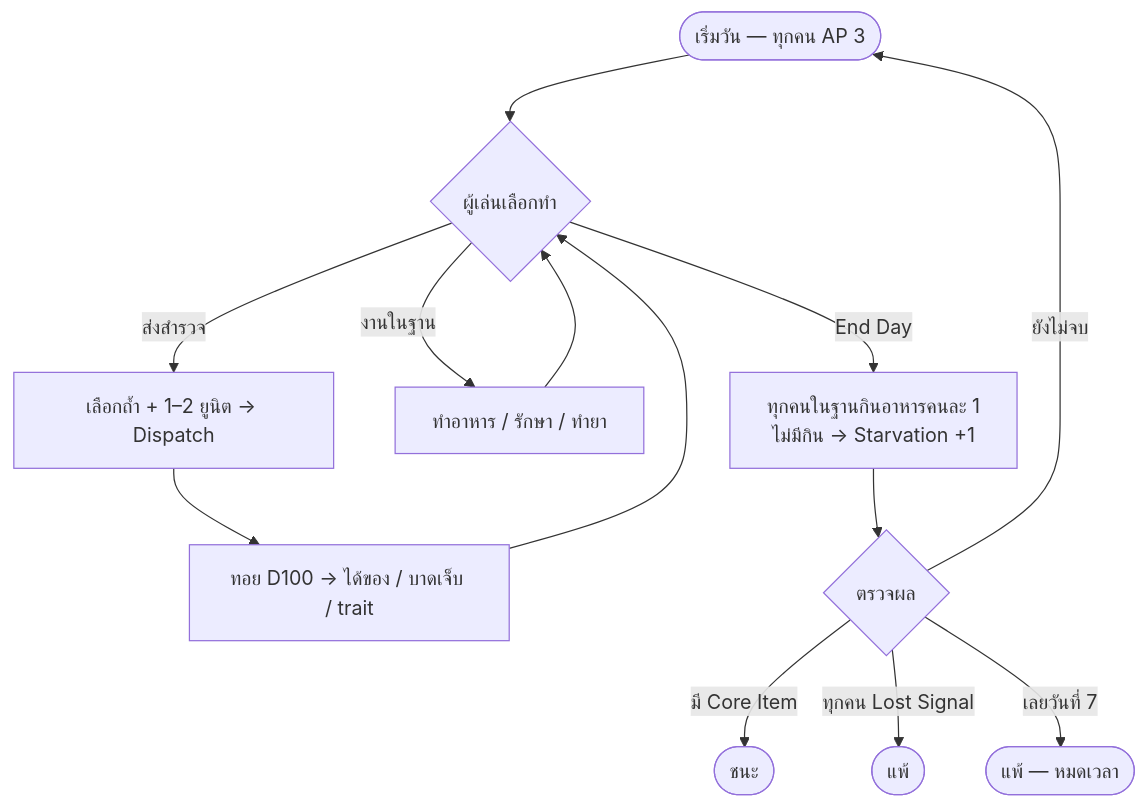
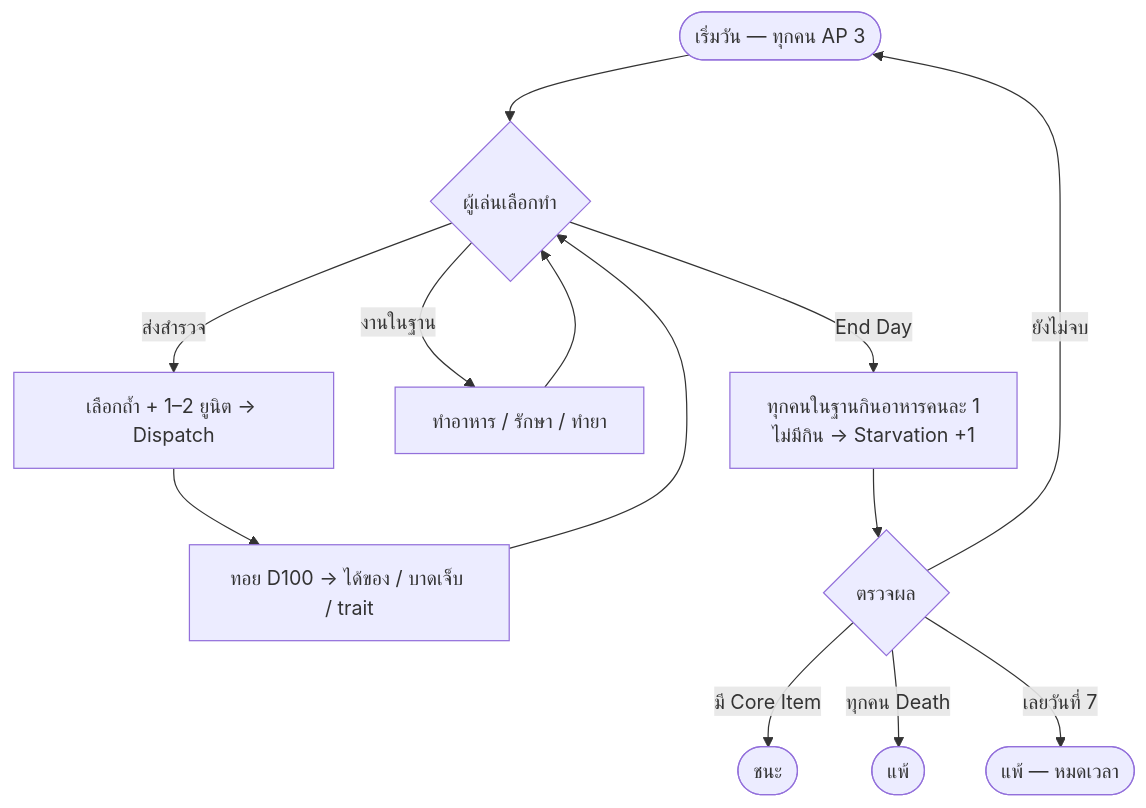
One commit to nopponaim603/clogged changed the first of 2 diagrams in docs/gdd/00-concept.md. Above: the diagram before and after it, drawn with Mermaid. The commit also changed other lines of this file and 141 other files, not shown here.

````diff
--- a/docs/gdd/00-concept.md
+++ b/docs/gdd/00-concept.md
@@ -43,15 +43,15 @@
 ```mermaid
 flowchart TD
     Start([เริ่มวัน — ทุกคน AP 3]) --> Plan{ผู้เล่นเลือกทำ}
     Plan -->|ส่งสำรวจ| G[เลือกถ้ำ + 1–2 ยูนิต → Dispatch]
     G --> Roll[ทอย D100 → ได้ของ / บาดเจ็บ / trait]
     Roll --> Plan
     Plan -->|งานในฐาน| B[ทำอาหาร / รักษา / ทำยา]
     B --> Plan
     Plan -->|End Day| Eat[ทุกคนในฐานกินอาหารคนละ 1<br/>ไม่มีกิน → Starvation +1]
     Eat --> Check{ตรวจผล}
     Check -->|มี Core Item| Win([ชนะ])
-    Check -->|ทุกคน Lost Signal| Lose1([แพ้])
+    Check -->|ทุกคน Death| Lose1([แพ้])
     Check -->|เลยวันที่ 7| Lose2([แพ้ — หมดเวลา])
     Check -->|ยังไม่จบ| Start
 ```
````
